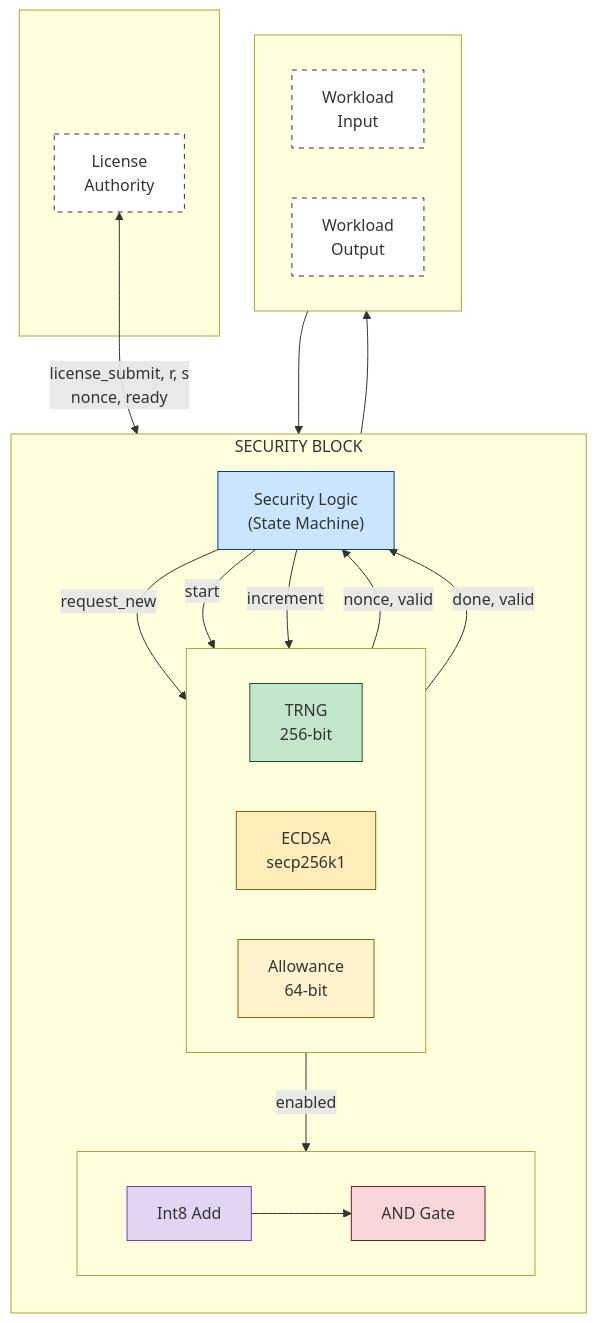
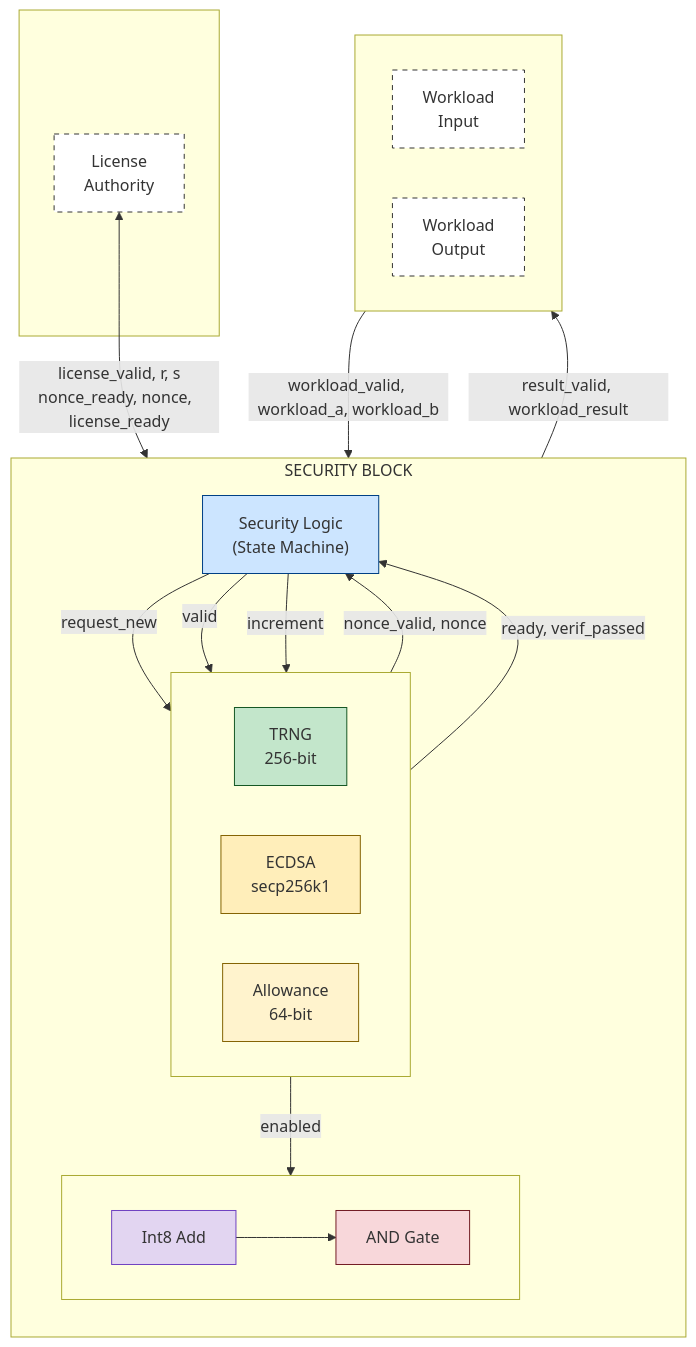
Before and after one commit to JamesPetrie/off-switch: the first of 3 diagrams in README.md, drawn with Mermaid. The commit also changed other lines of this file and 11 other files, not shown here.

````diff
--- a/README.md
+++ b/README.md
@@ -69,50 +93,50 @@
 ```mermaid
 flowchart TB
     subgraph external_left[" "]
         AUTH["License<br/>Authority"]:::external
     end
 
     subgraph SECURITY_BLOCK["SECURITY BLOCK"]
         direction TB
         SL["Security Logic<br/>(State Machine)"]:::security
 
         subgraph submodules[" "]
             direction LR
             TRNG["TRNG<br/>256-bit"]:::trng
             ECDSA["ECDSA<br/>secp256k1"]:::ecdsa
             ALLOW["Allowance<br/>64-bit"]:::allowance
         end
 
         subgraph datapath[" "]
             direction LR
             ADDER["Int8 Add"]:::adder
             AND["AND Gate"]:::andgate
         end
 
         SL -->|request_new| TRNG
-        TRNG -->|"nonce, valid"| SL
-        SL -->|start| ECDSA
-        ECDSA -->|"done, valid"| SL
+        TRNG -->|"nonce_valid, nonce"| SL
+        SL -->|valid| ECDSA
+        ECDSA -->|"ready, verif_passed"| SL
         SL -->|increment| ALLOW
         ALLOW -->|enabled| AND
         ADDER --> AND
     end
 
     subgraph external_io[" "]
         direction LR
         WIN["Workload<br/>Input"]:::external
         WOUT["Workload<br/>Output"]:::external
     end
 
-    AUTH <-->|"license_submit, r, s<br/>nonce, ready"| SL
-    WIN --> ADDER
-    AND --> WOUT
+    AUTH <-->|"license_valid, r, s<br/>nonce_ready, nonce,  license_ready"| SL
+    WIN -->|"workload_valid, workload_a, workload_b"| ADDER
+    AND -->|"result_valid, workload_result"| WOUT
 
     classDef external fill:#fff,stroke:#333,stroke-dasharray: 5 5
     classDef security fill:#cce5ff,stroke:#004085
     classDef trng fill:#c3e6cb,stroke:#155724
     classDef ecdsa fill:#ffeeba,stroke:#856404
     classDef allowance fill:#fff3cd,stroke:#856404
     classDef adder fill:#e2d5f1,stroke:#6f42c1
     classDef andgate fill:#f8d7da,stroke:#721c24
 ```
````
